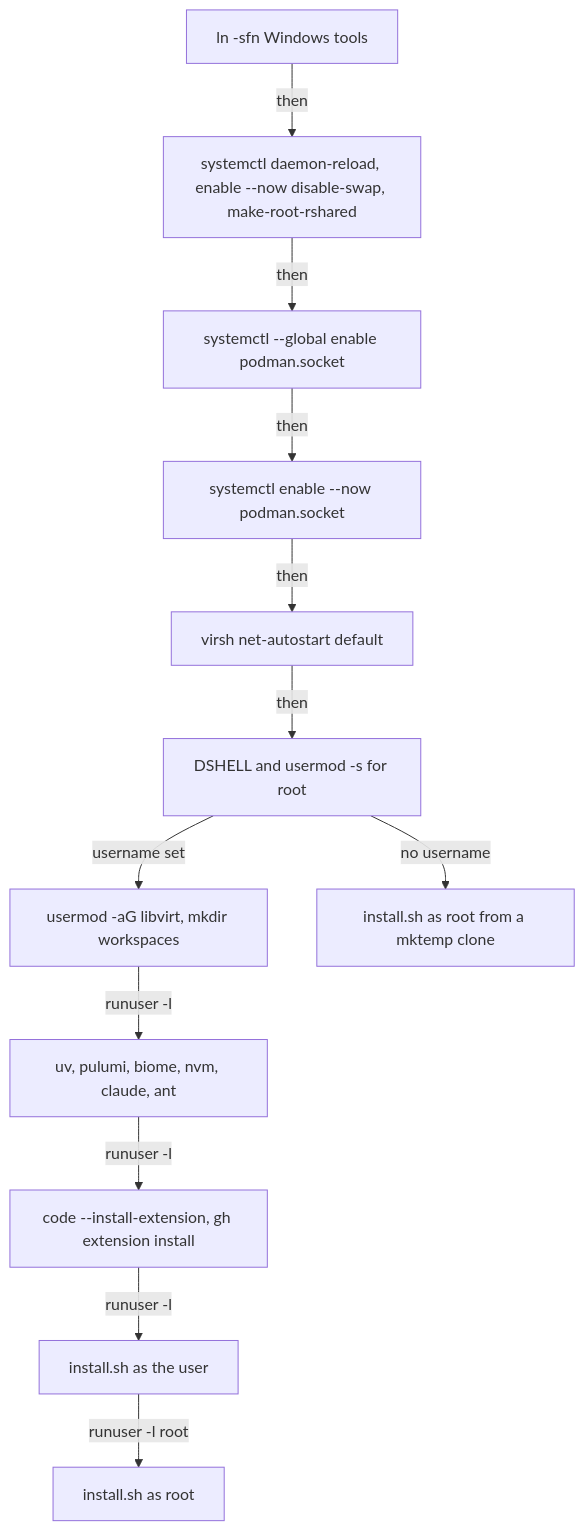
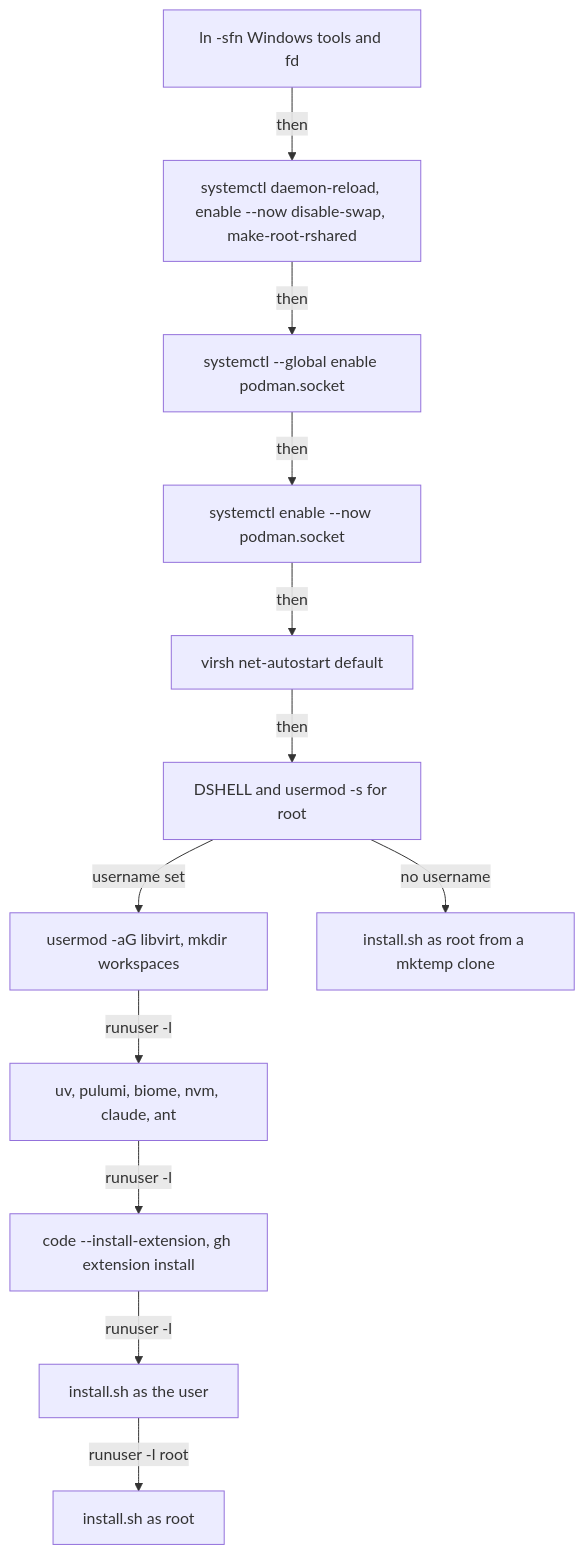
The third of 3 diagrams in docs/wsl/overview.md (froazin/dotfiles), drawn with Mermaid before and after one commit. The commit also changed other lines of this file and 1 other file, not shown here.

Commit message:
feat(wsl): Link fd to fdfind (#13)
Ubuntu installs fd-find's command as fdfind, because another package
owns the name fd. Link /usr/local/bin/fd to it in runcmd, next to the
Windows tool links, so fd works for every user. apt has installed the
package by the time runcmd runs.

````diff
--- a/docs/wsl/overview.md
+++ b/docs/wsl/overview.md
@@ -100,16 +100,16 @@
 ```mermaid
 flowchart TD
     accTitle: runcmd order
-    accDescr: runcmd links the Windows tools, enables system units and the global podman socket, sets zsh for new users and root, then either sets up the named user and runs install.sh for the user and root, or runs install.sh for root from a temporary clone.
-    links["ln -sfn Windows tools"] -->|then| units["systemctl daemon-reload, enable --now disable-swap, make-root-rshared"]
+    accDescr: runcmd links the Windows tools and fd, enables system units and the global podman socket, sets zsh for new users and root, then either sets up the named user and runs install.sh for the user and root, or runs install.sh for root from a temporary clone.
+    links["ln -sfn Windows tools and fd"] -->|then| units["systemctl daemon-reload, enable --now disable-swap, make-root-rshared"]
     units -->|then| global["systemctl --global enable podman.socket"]
     global -->|then| sys["systemctl enable --now podman.socket"]
     sys -->|then| virsh["virsh net-autostart default"]
     virsh -->|then| shells["DSHELL and usermod -s for root"]
     shells -->|username set| prep["usermod -aG libvirt, mkdir workspaces"]
     prep -->|runuser -l| tools["uv, pulumi, biome, nvm, claude, ant"]
     tools -->|runuser -l| ext["code --install-extension, gh extension install"]
     ext -->|runuser -l| userinstall["install.sh as the user"]
     userinstall -->|runuser -l root| rootinstall["install.sh as root"]
     shells -->|no username| tmp["install.sh as root from a mktemp clone"]
 ```
````
